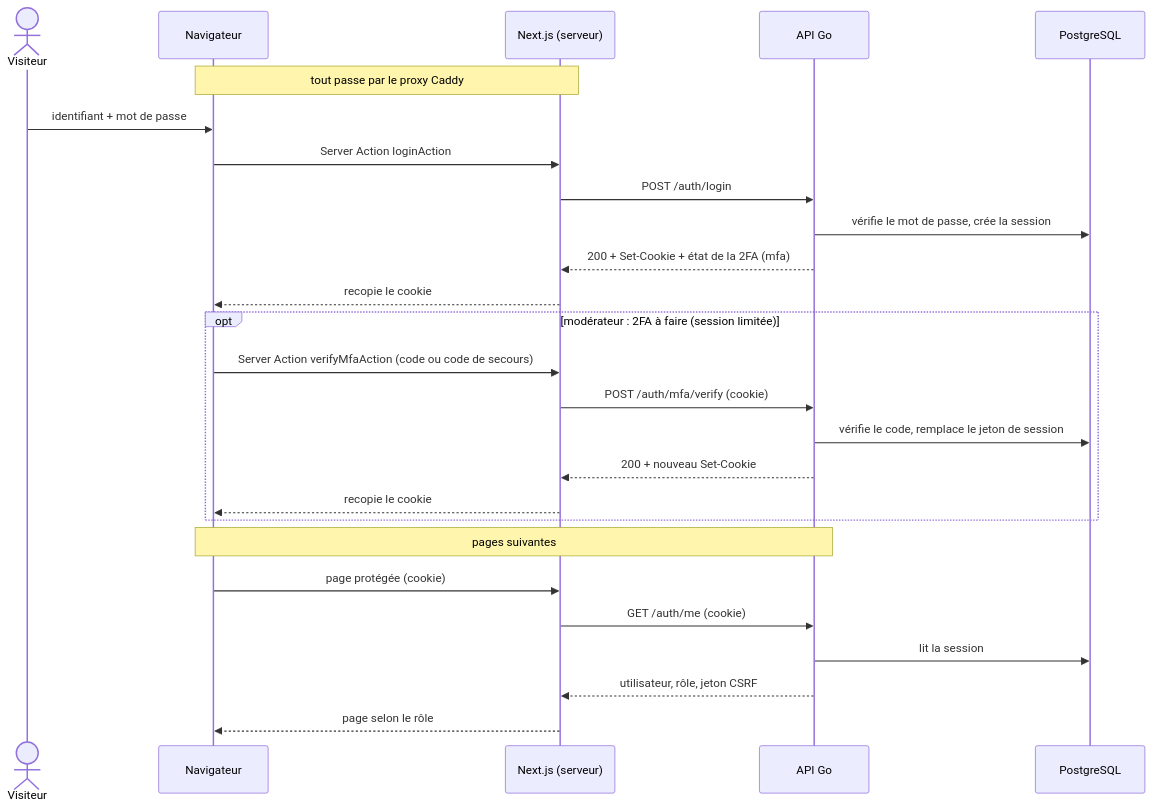
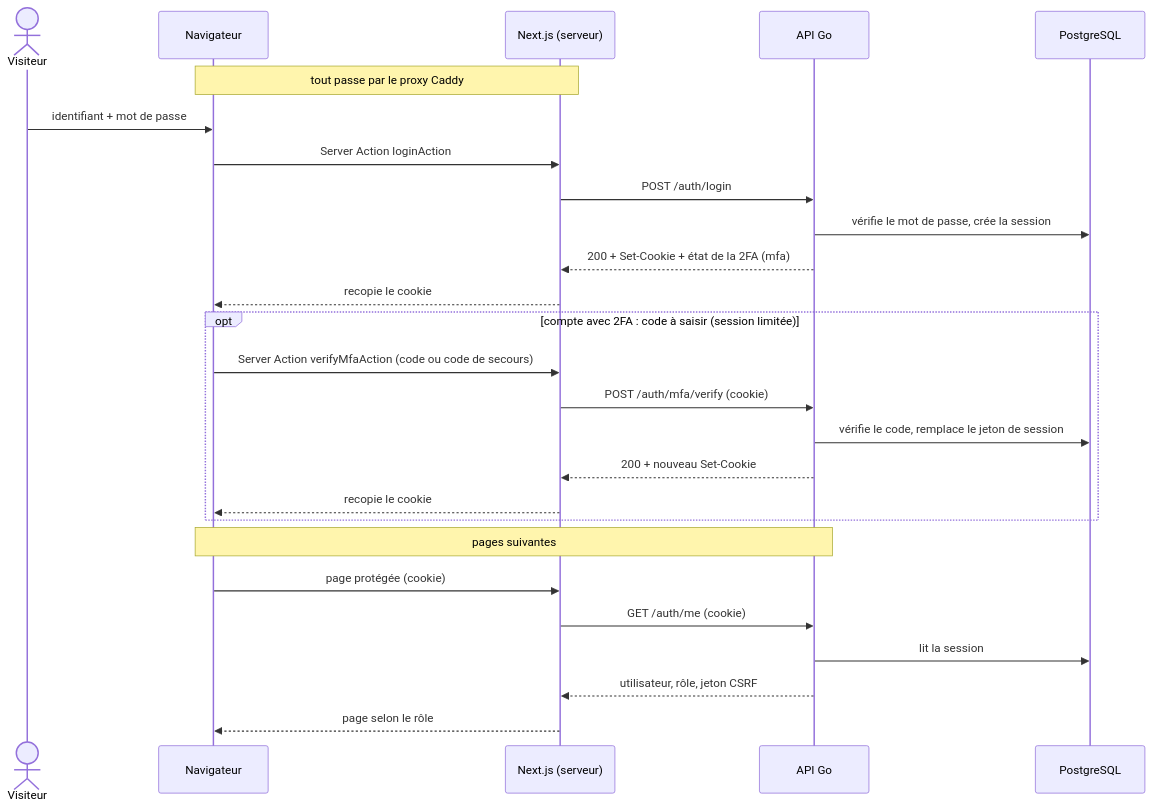
One commit to ashandcompany/heros-sos changed the diagram in docs-site/docs/architecture/connexion.md. Above: the diagram before and after it, drawn with Mermaid. The commit also changed other lines of this file and 2 other files, not shown here.

````diff
--- a/docs-site/docs/architecture/connexion.md
+++ b/docs-site/docs/architecture/connexion.md
@@ -11,33 +11,33 @@
 ```mermaid
 sequenceDiagram
     actor U as Visiteur
     participant N as Navigateur
     participant W as Next.js (serveur)
     participant A as API Go
     participant D as PostgreSQL
 
     Note over N,W: tout passe par le proxy Caddy
 
     U->>N: identifiant + mot de passe
     N->>W: Server Action loginAction
     W->>A: POST /auth/login
     A->>D: vérifie le mot de passe, crée la session
     A-->>W: 200 + Set-Cookie + état de la 2FA (mfa)
     W-->>N: recopie le cookie
 
-    opt modérateur : 2FA à faire (session limitée)
+    opt compte avec 2FA : code à saisir (session limitée)
         N->>W: Server Action verifyMfaAction (code ou code de secours)
         W->>A: POST /auth/mfa/verify (cookie)
         A->>D: vérifie le code, remplace le jeton de session
         A-->>W: 200 + nouveau Set-Cookie
         W-->>N: recopie le cookie
     end
 
     Note over N,A: pages suivantes
 
     N->>W: page protégée (cookie)
     W->>A: GET /auth/me (cookie)
     A->>D: lit la session
     A-->>W: utilisateur, rôle, jeton CSRF
     W-->>N: page selon le rôle
 ```
````
